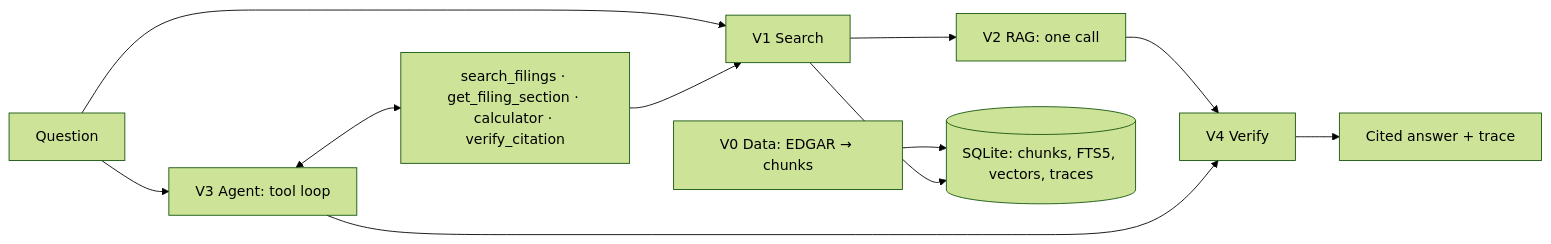
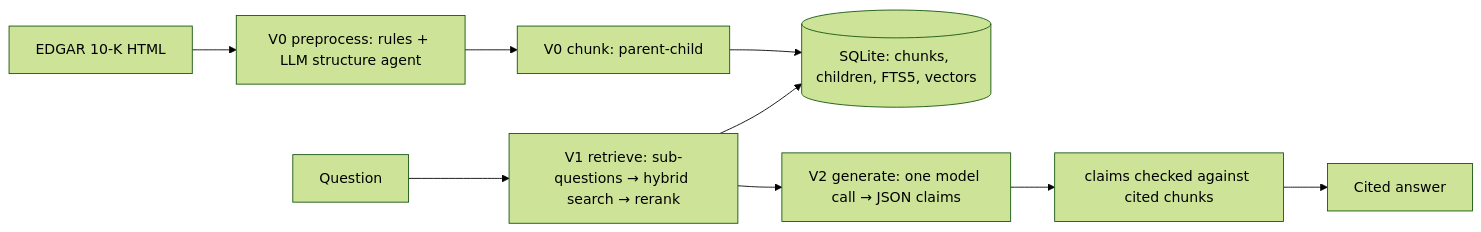
One commit to Michae1Park/10k-agent changed the diagram in README.md. Above: the diagram before and after it, drawn with Mermaid (forest theme). The commit also changed other lines of this file and 13 other files, not shown here.

````diff
--- a/README.md
+++ b/README.md
@@ -27,11 +26,8 @@
 ```mermaid
 flowchart LR
-  Q[Question] --> R[V1 Search]
-  R --> A[V2 RAG: one call] --> V[V4 Verify]
-  Q --> G[V3 Agent: tool loop] --> V
-  G <--> T[search_filings · get_filing_section · calculator · verify_citation]
-  T --> R
-  I[V0 Data: EDGAR → chunks] --> DB[(SQLite: chunks, FTS5, vectors, traces)]
+  E[EDGAR 10-K HTML] --> P[V0 preprocess: rules + LLM structure agent] --> C[V0 chunk: parent-child]
+  C --> DB[(SQLite: chunks, children, FTS5, vectors)]
+  Q[Question] --> R[V1 retrieve: sub-questions → hybrid search → rerank]
   R --> DB
-  V --> O[Cited answer + trace]
+  R --> G[V2 generate: one model call → JSON claims] --> V[claims checked against cited chunks] --> A[Cited answer]
 ```
````
